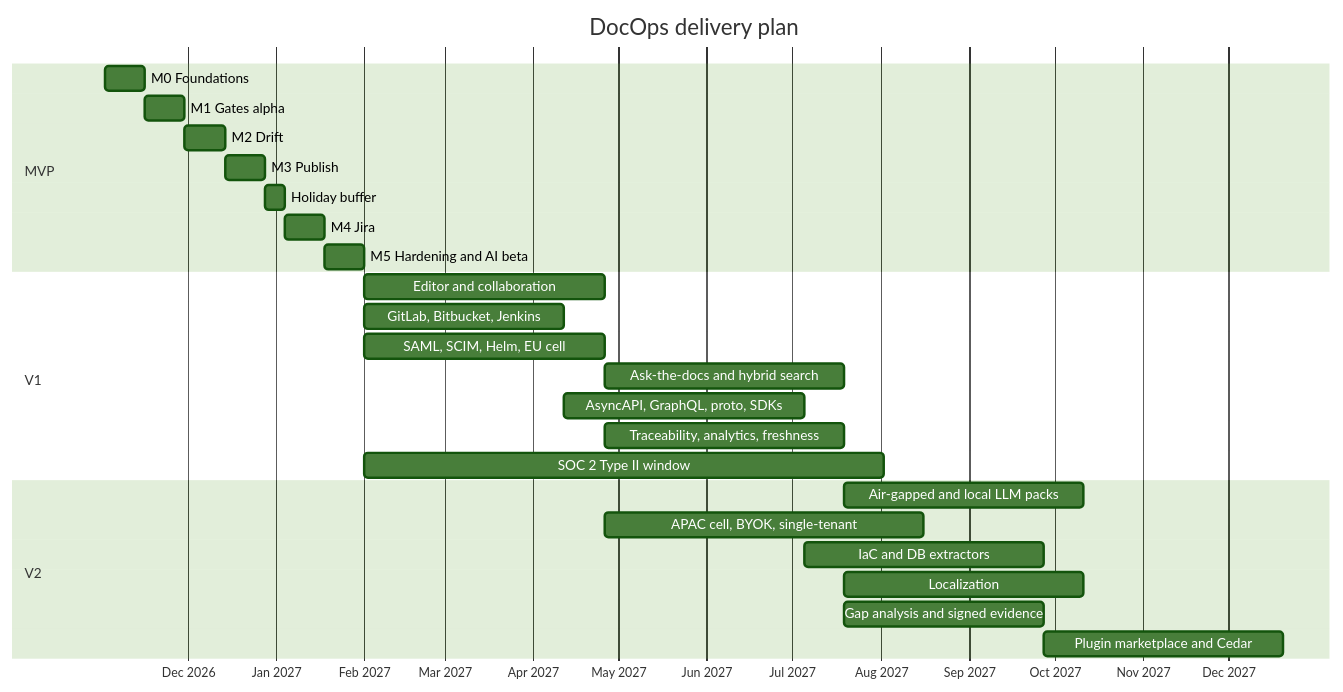
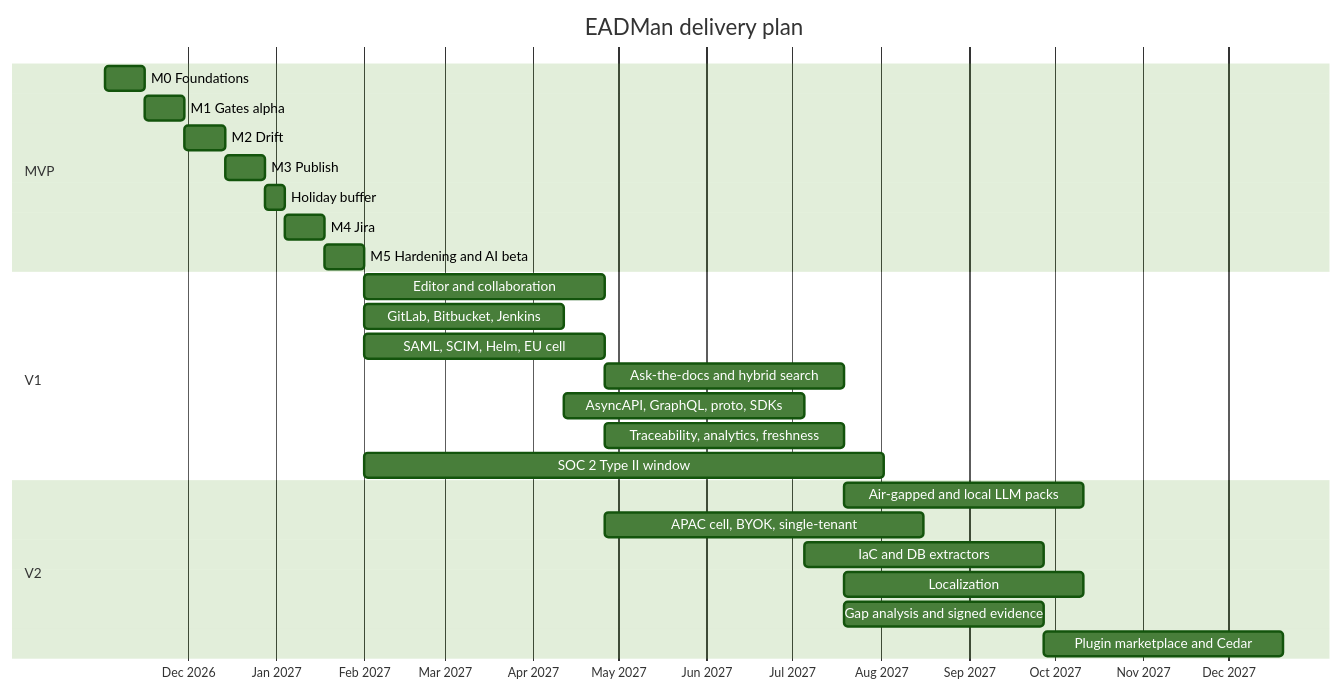
The diagram in docs/09-roadmap.md (mdzaman/eadman), drawn with Mermaid (forest theme) before and after one commit. The commit also changed other lines of this file and 70 other files, not shown here.

````diff
--- a/docs/09-roadmap.md
+++ b/docs/09-roadmap.md
@@ -105,29 +105,29 @@
 ```mermaid
 gantt
-  title DocOps delivery plan
+  title EADMan delivery plan
   dateFormat YYYY-MM-DD
   axisFormat %b %Y
   section MVP
   M0 Foundations                      :m0, 2026-11-02, 14d
   M1 Gates alpha                      :m1, after m0, 14d
   M2 Drift                            :m2, after m1, 14d
   M3 Publish                          :m3, after m2, 14d
   Holiday buffer                      :hb, after m3, 7d
   M4 Jira                             :m4, after hb, 14d
   M5 Hardening and AI beta            :m5, after m4, 14d
   section V1
   Editor and collaboration            :v1a, after m5, 84d
   GitLab, Bitbucket, Jenkins          :v1b, after m5, 70d
   SAML, SCIM, Helm, EU cell           :v1c, after m5, 84d
   Ask-the-docs and hybrid search      :v1d, after v1c, 84d
   AsyncAPI, GraphQL, proto, SDKs      :v1e, after v1b, 84d
   Traceability, analytics, freshness  :v1f, after v1a, 84d
   SOC 2 Type II window                :v1g, after m5, 182d
   section V2
   Air-gapped and local LLM packs      :v2a, after v1d, 84d
   APAC cell, BYOK, single-tenant      :v2b, after v1c, 112d
   IaC and DB extractors               :v2c, after v1e, 84d
   Localization                        :v2d, after v1f, 84d
   Gap analysis and signed evidence    :v2e, after v1d, 70d
   Plugin marketplace and Cedar        :v2f, after v2c, 84d
 ```
````
